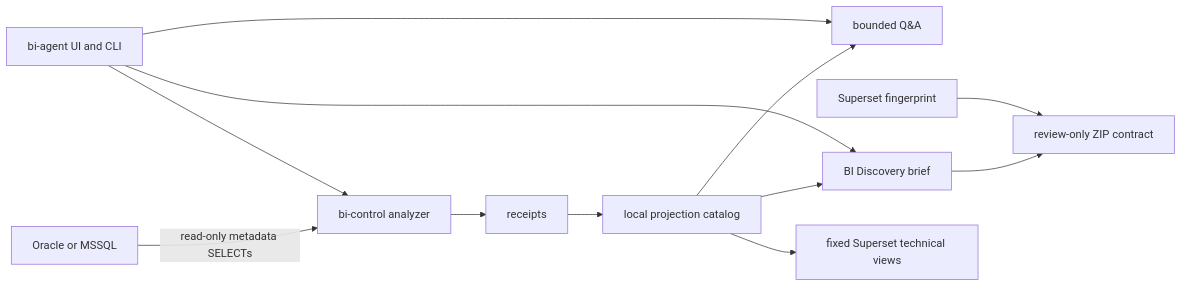
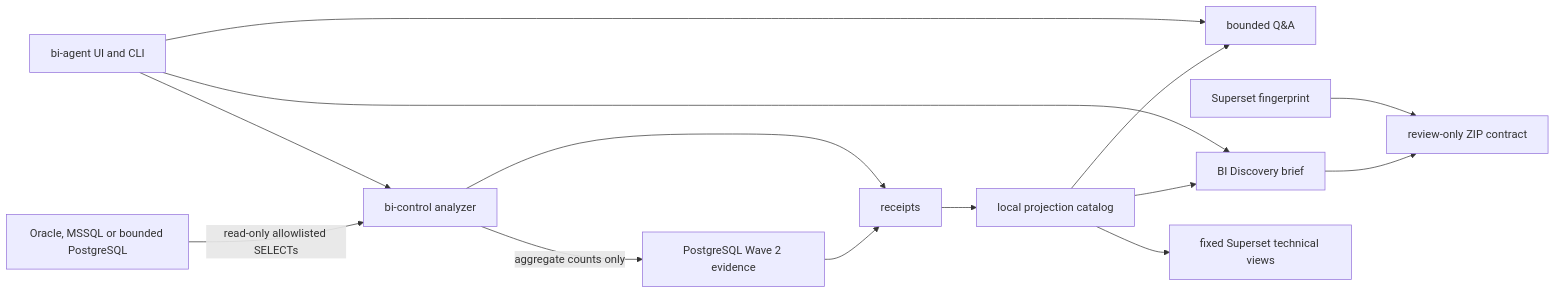
The diagram in docs/ARCHITECTURE.md (JimPansky/KaleidoSphere), drawn with Mermaid before and after one commit. The commit also changed other lines of this file and 23 other files, not shown here.

First line of the commit message:
Add privacy-preserving PostgreSQL profiling and relationship evidence (#26) (#30)

````diff
--- a/docs/ARCHITECTURE.md
+++ b/docs/ARCHITECTURE.md
@@ -42,14 +48,16 @@
 ```mermaid
 flowchart LR
-  S[Oracle or MSSQL] -->|read-only metadata SELECTs| C[bi-control analyzer]
+  S[Oracle, MSSQL or bounded PostgreSQL] -->|read-only allowlisted SELECTs| C[bi-control analyzer]
+  C -->|aggregate counts only| W[PostgreSQL Wave 2 evidence]
+  W --> R
   C --> R[receipts]
   R --> P[local projection catalog]
   P --> Q[bounded Q&A]
   P --> D[BI Discovery brief]
   D --> B[review-only ZIP contract]
   F[Superset fingerprint] --> B
   P --> V[fixed Superset technical views]
   A[bi-agent UI and CLI] --> C
   A --> Q
   A --> D
 ```
````
